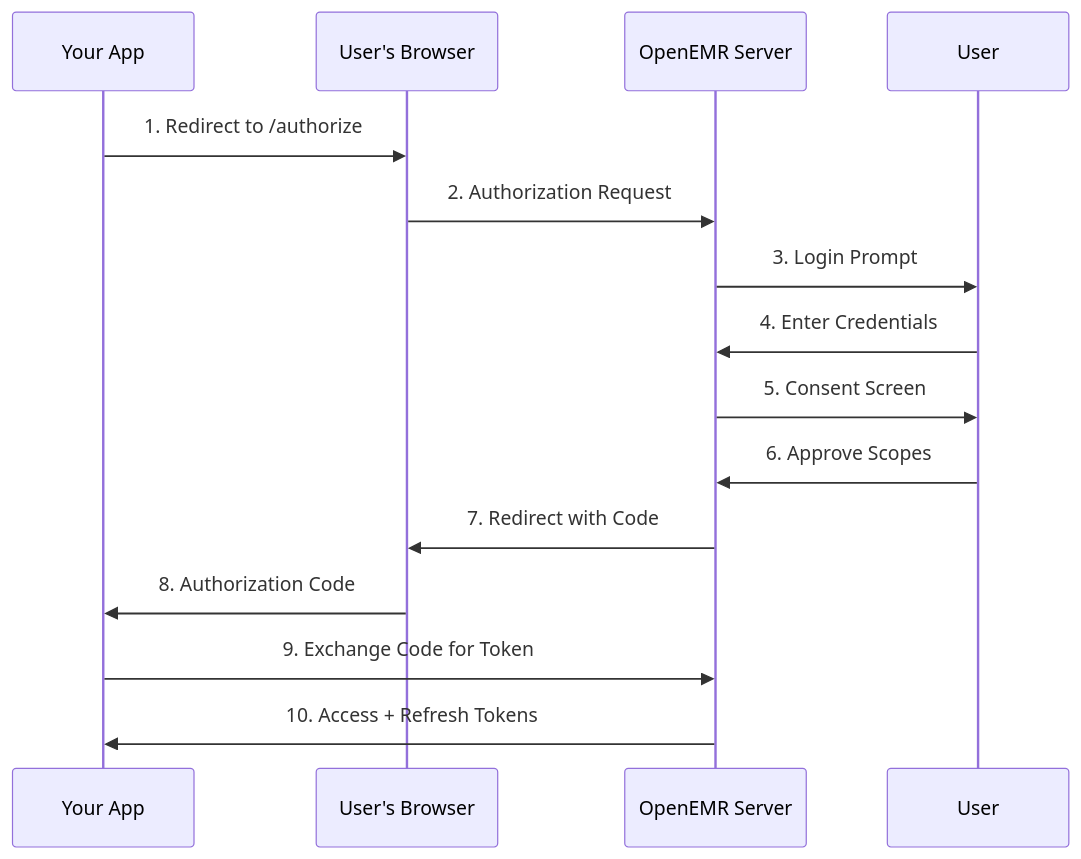
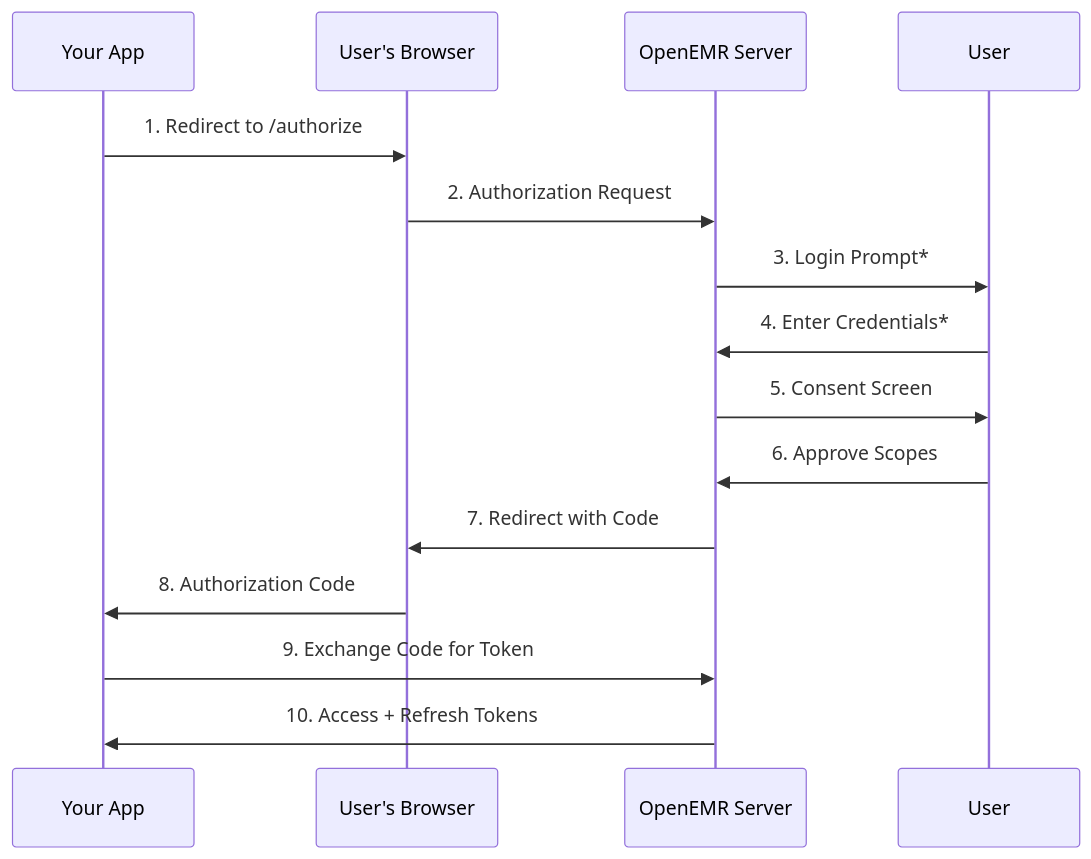
The first of 2 diagrams in Documentation/api/AUTHENTICATION.md (openemr/openemr), drawn with Mermaid before and after one commit. The commit also changed other lines of this file and 3 other files, not shown here.

````diff
--- a/Documentation/api/AUTHENTICATION.md
+++ b/Documentation/api/AUTHENTICATION.md
@@ -219,18 +219,18 @@
 ```mermaid
 sequenceDiagram
     participant Client as Your App
     participant Browser as User's Browser
     participant OpenEMR as OpenEMR Server
     participant User as User
 
     Client->>Browser: 1. Redirect to /authorize
     Browser->>OpenEMR: 2. Authorization Request
-    OpenEMR->>User: 3. Login Prompt
-    User->>OpenEMR: 4. Enter Credentials
+    OpenEMR->>User: 3. Login Prompt*
+    User->>OpenEMR: 4. Enter Credentials*
     OpenEMR->>User: 5. Consent Screen
     User->>OpenEMR: 6. Approve Scopes
     OpenEMR->>Browser: 7. Redirect with Code
     Browser->>Client: 8. Authorization Code
     Client->>OpenEMR: 9. Exchange Code for Token
     OpenEMR->>Client: 10. Access + Refresh Tokens
 ```
````
